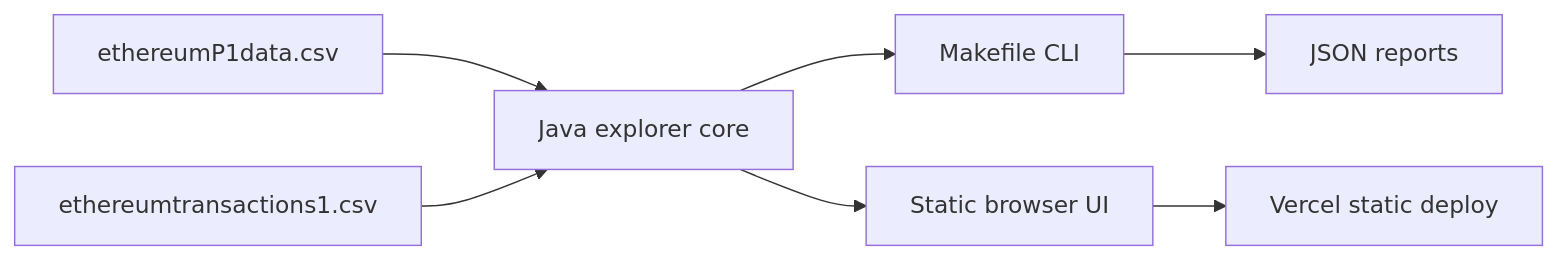
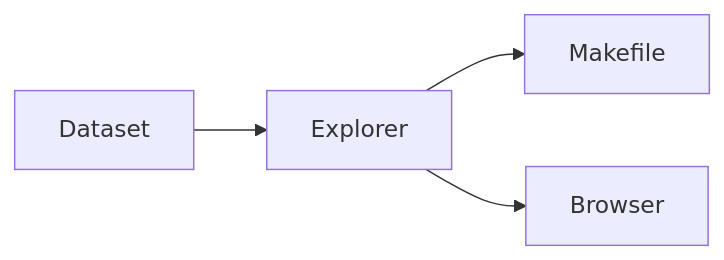
One commit to pdj555/ethereum-blocks changed the diagram in README.md. Above: the diagram before and after it, drawn with Mermaid. The commit also changed other lines of this file, not shown here.

````diff
--- a/README.md
+++ b/README.md
@@ -7,11 +5,6 @@
 ```mermaid
 flowchart LR
-  CSV1[ethereumP1data.csv]
-  CSV2[ethereumtransactions1.csv]
-  CSV1 --> J[Java explorer core]
-  CSV2 --> J
-  J --> CLI[Makefile CLI]
-  J --> WEB[Static browser UI]
-  CLI --> JSON[JSON reports]
-  WEB --> V[Vercel static deploy]
+  CSV[Dataset] --> Core[Explorer]
+  Core --> CLI[Makefile]
+  Core --> UI[Browser]
 ```
````
